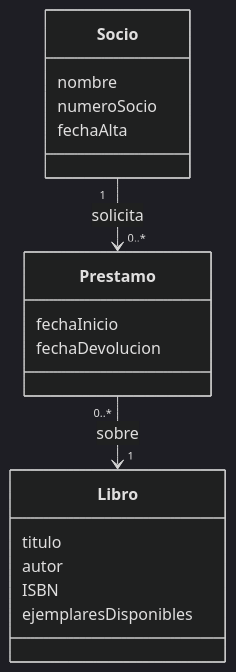
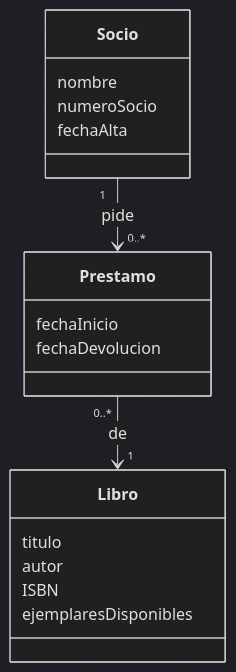
The first of 2 diagrams in 0101.md (raulmoder2000-droid/CD_Tema2_Ejercicios), drawn with Mermaid (dark theme) before and after one commit. The commit also changed other lines of this file, not shown here.

````diff
--- a/0101.md
+++ b/0101.md
@@ -43,20 +37,20 @@
 ```mermaid
 classDiagram
     class Socio {
         nombre
         numeroSocio
         fechaAlta
     }
     class Prestamo {
         fechaInicio
         fechaDevolucion
     }
     class Libro {
         titulo
         autor
         ISBN
         ejemplaresDisponibles
     }
-    Socio "1" --> "0..*" Prestamo : solicita
-    Prestamo "0..*" --> "1" Libro : sobre
+    Socio "1" --> "0..*" Prestamo : pide
+    Prestamo "0..*" --> "1" Libro : de
 ```
````
